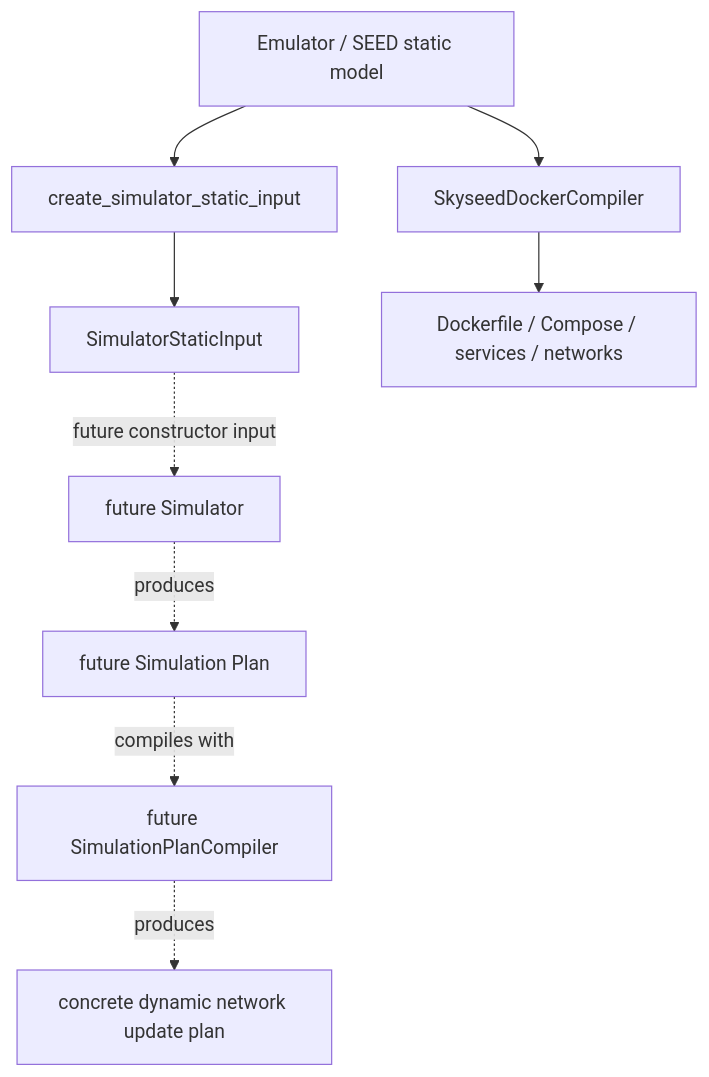
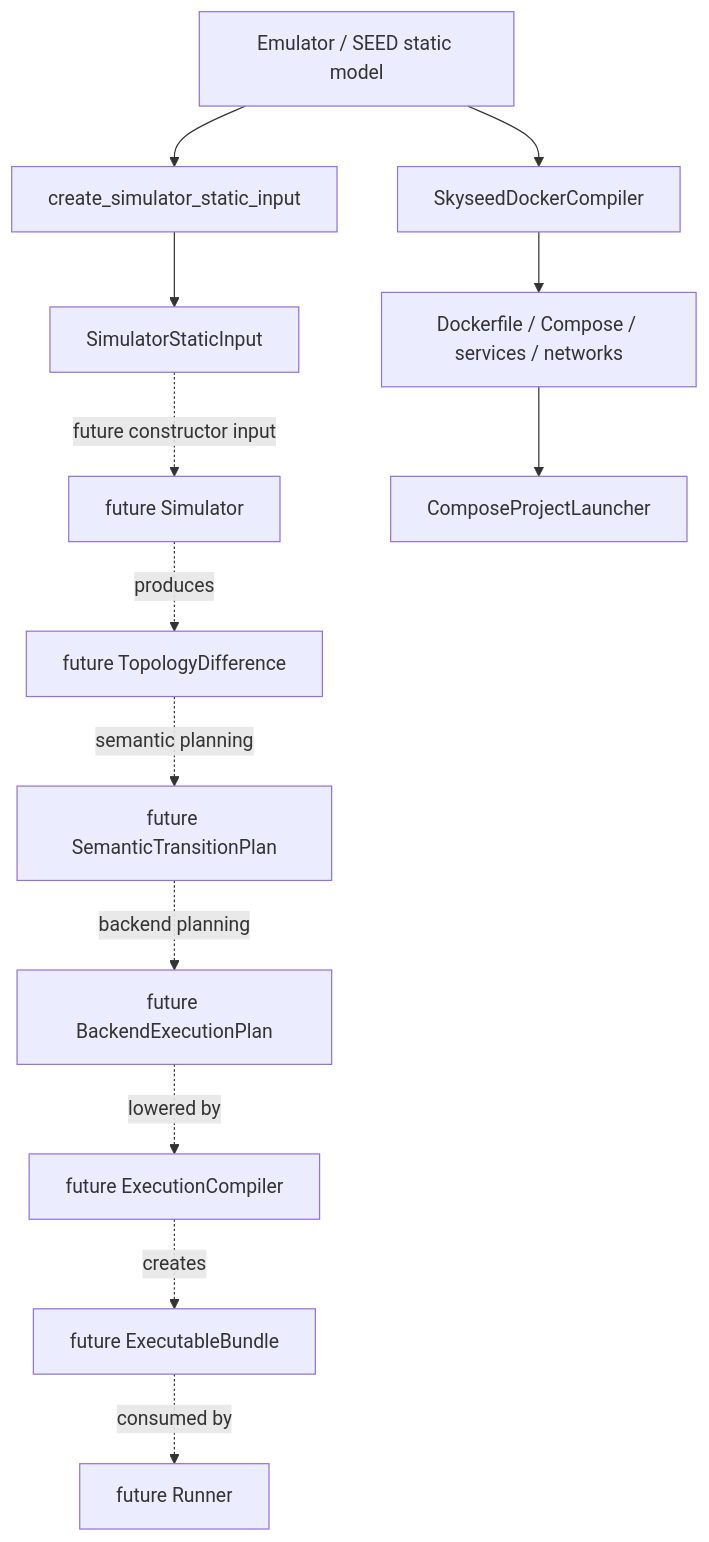
The seventh of 8 diagrams in skyseed_v2/docs/architecture/diagrams.md (seed-labs/skyseed), drawn with Mermaid before and after one commit. The commit also changed other lines of this file and 15 other files, not shown here.

````diff
--- a/skyseed_v2/docs/architecture/diagrams.md
+++ b/skyseed_v2/docs/architecture/diagrams.md
@@ -168,13 +169,17 @@
 ```mermaid
 flowchart TD
     E[Emulator / SEED static model]
     E --> ADAPT[create_simulator_static_input]
     ADAPT --> INPUT[SimulatorStaticInput]
     INPUT -. future constructor input .-> SIM[future Simulator]
-    SIM -. produces .-> PLAN[future Simulation Plan]
-    PLAN -. compiles with .-> PLANCOMP[future SimulationPlanCompiler]
-    PLANCOMP -. produces .-> UPDATE[concrete dynamic network update plan]
+    SIM -. produces .-> DIFF[future TopologyDifference]
+    DIFF -. semantic planning .-> SEM[future SemanticTransitionPlan]
+    SEM -. backend planning .-> BACK[future BackendExecutionPlan]
+    BACK -. lowered by .-> EXEC[future ExecutionCompiler]
+    EXEC -. creates .-> BUNDLE[future ExecutableBundle]
+    BUNDLE -. consumed by .-> RUN[future Runner]
 
     E --> DOCKER[SkyseedDockerCompiler]
     DOCKER --> DEPLOY[Dockerfile / Compose / services / networks]
+    DEPLOY --> LAUNCH[ComposeProjectLauncher]
 ```
````
